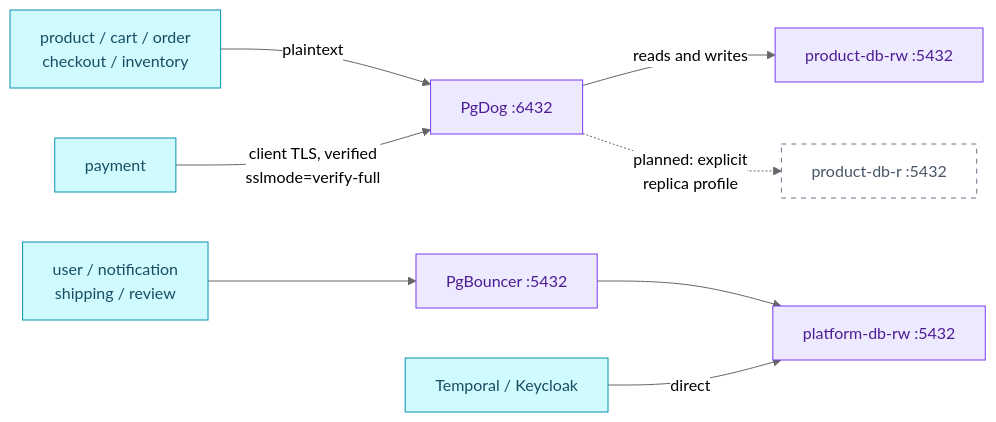
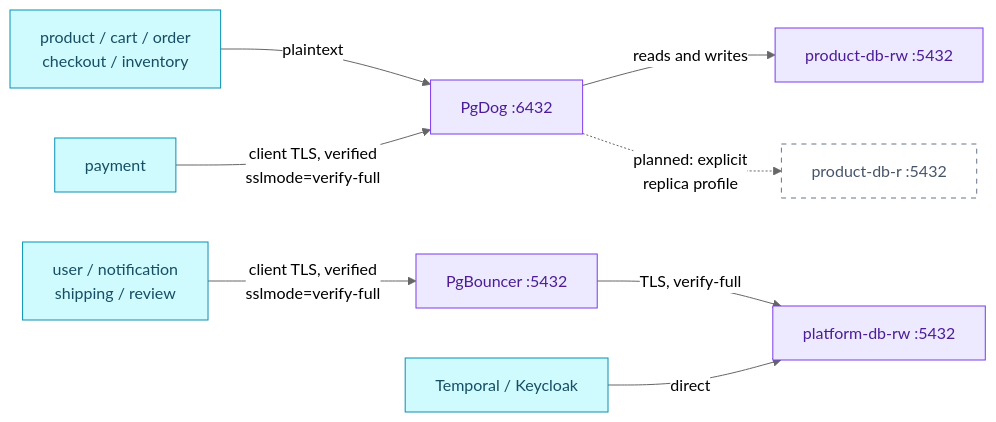
The diagram in docs/databases/poolers.md (duynhlab/homelab), drawn with Mermaid (neutral theme) before and after one commit. The commit also changed other lines of this file and 18 other files, not shown here.

First line of the commit message:
Verify PgBouncer from platform-db services (#1294)

````diff
--- a/docs/databases/poolers.md
+++ b/docs/databases/poolers.md
@@ -34,18 +34,18 @@
 ```mermaid
 flowchart LR
     ProductClients["product / cart / order<br/>checkout / inventory"] -->|"plaintext"| PgDog["PgDog :6432"]
     Payment["payment"] -->|"client TLS, verified<br/>sslmode=verify-full"| PgDog
     PgDog -->|"reads and writes"| ProductRW["product-db-rw :5432"]
     PgDog -.->|"planned: explicit<br/>replica profile"| ProductR["product-db-r :5432"]
 
-    PlatformClients["user / notification<br/>shipping / review"] --> PgBouncer["PgBouncer :5432"]
-    PgBouncer --> PlatformRW["platform-db-rw :5432"]
+    PlatformClients["user / notification<br/>shipping / review"] -->|"client TLS, verified<br/>sslmode=verify-full"| PgBouncer["PgBouncer :5432"]
+    PgBouncer -->|"TLS, verify-full"| PlatformRW["platform-db-rw :5432"]
     Direct["Temporal / Keycloak"] -->|"direct"| PlatformRW
 
     classDef service fill:#cffafe,color:#164e63,stroke:#0891b2;
     classDef platform fill:#ede9fe,color:#4c1d95,stroke:#7c3aed;
     class ProductClients,Payment,PlatformClients,Direct service;
     classDef planned fill:#fff,color:#475569,stroke:#64748b,stroke-dasharray:5 5;
     class PgDog,PgBouncer,ProductRW,PlatformRW platform;
     class ProductR planned;
 ```
````
